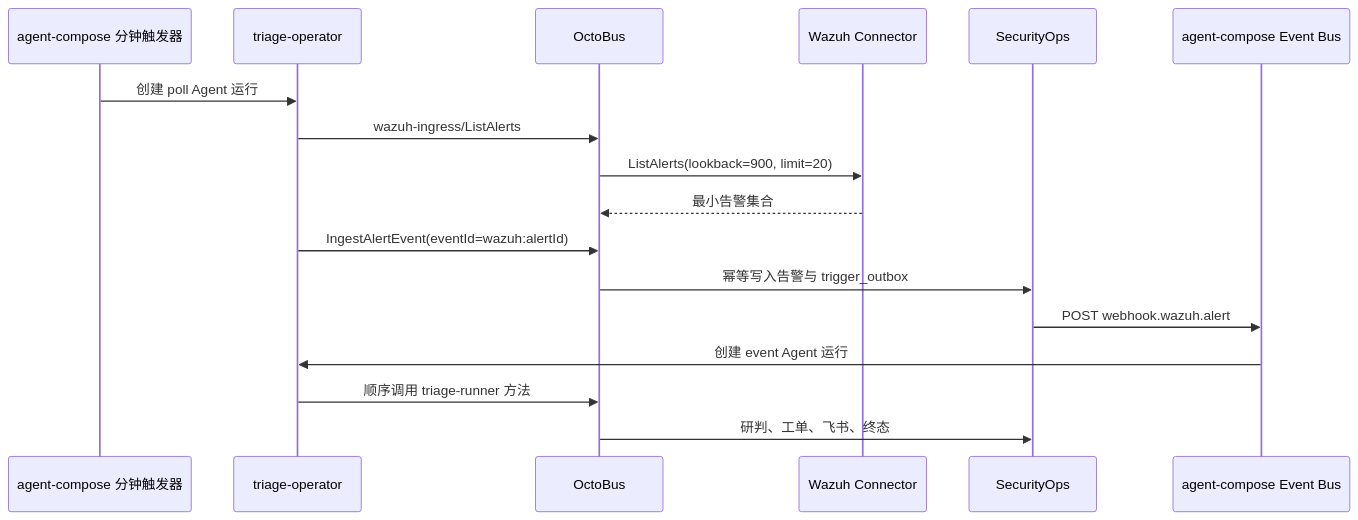
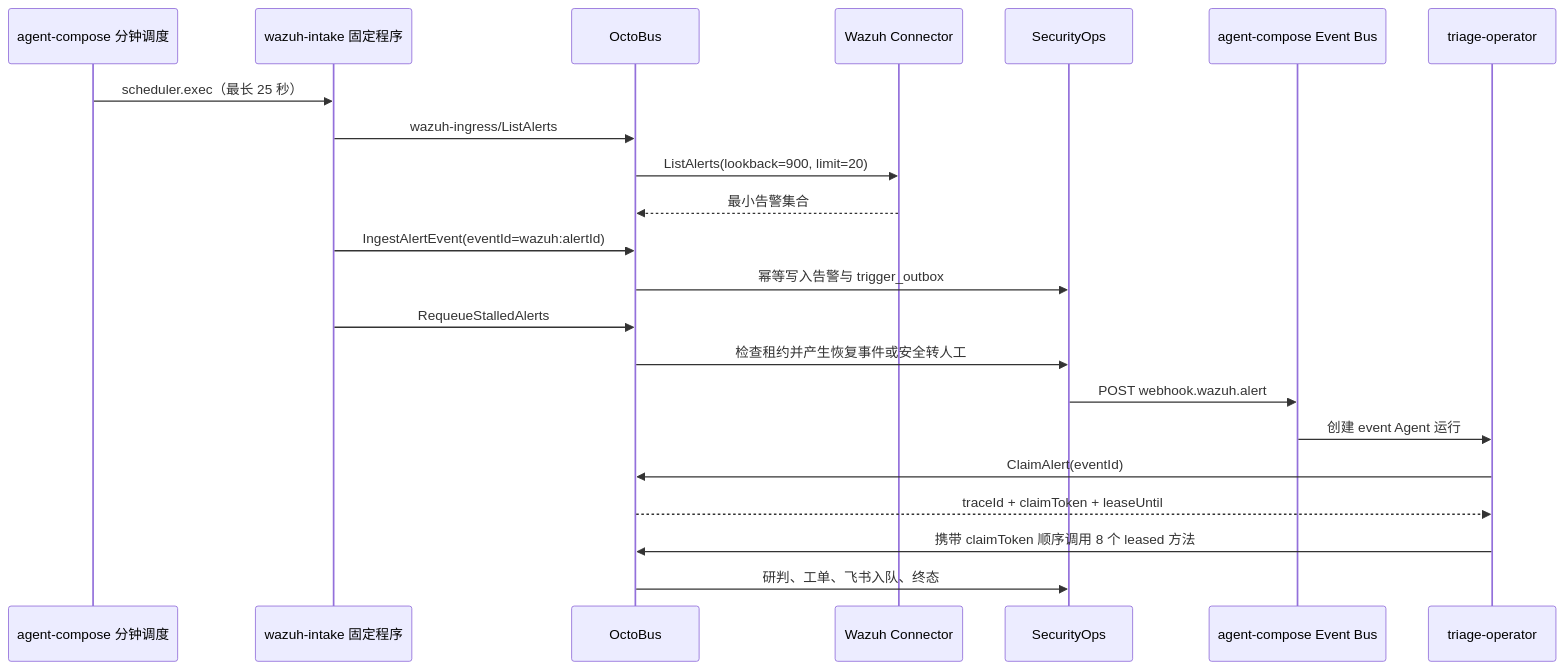
Before and after one commit to ch7pairsq/chaitin-triage-agent: the second of 3 diagrams in README.md, drawn with Mermaid. The commit also changed other lines of this file and 8 other files, not shown here.

````diff
--- a/README.md
+++ b/README.md
@@ -77,20 +75,25 @@
 ```mermaid
 sequenceDiagram
-  participant Cron as agent-compose 分钟触发器
-  participant Agent as triage-operator
+  participant Cron as agent-compose 分钟调度
+  participant Intake as wazuh-intake 固定程序
   participant Bus as OctoBus
   participant Wazuh as Wazuh Connector
   participant Ops as SecurityOps
   participant Event as agent-compose Event Bus
+  participant Agent as triage-operator
 
-  Cron->>Agent: 创建 poll Agent 运行
-  Agent->>Bus: wazuh-ingress/ListAlerts
+  Cron->>Intake: scheduler.exec（最长 25 秒）
+  Intake->>Bus: wazuh-ingress/ListAlerts
   Bus->>Wazuh: ListAlerts(lookback=900, limit=20)
   Wazuh-->>Bus: 最小告警集合
-  Agent->>Bus: IngestAlertEvent(eventId=wazuh:alertId)
+  Intake->>Bus: IngestAlertEvent(eventId=wazuh:alertId)
   Bus->>Ops: 幂等写入告警与 trigger_outbox
+  Intake->>Bus: RequeueStalledAlerts
+  Bus->>Ops: 检查租约并产生恢复事件或安全转人工
   Ops->>Event: POST webhook.wazuh.alert
   Event->>Agent: 创建 event Agent 运行
-  Agent->>Bus: 顺序调用 triage-runner 方法
-  Bus->>Ops: 研判、工单、飞书、终态
+  Agent->>Bus: ClaimAlert(eventId)
+  Bus-->>Agent: traceId + claimToken + leaseUntil
+  Agent->>Bus: 携带 claimToken 顺序调用 8 个 leased 方法
+  Bus->>Ops: 研判、工单、飞书入队、终态
 ```
````
